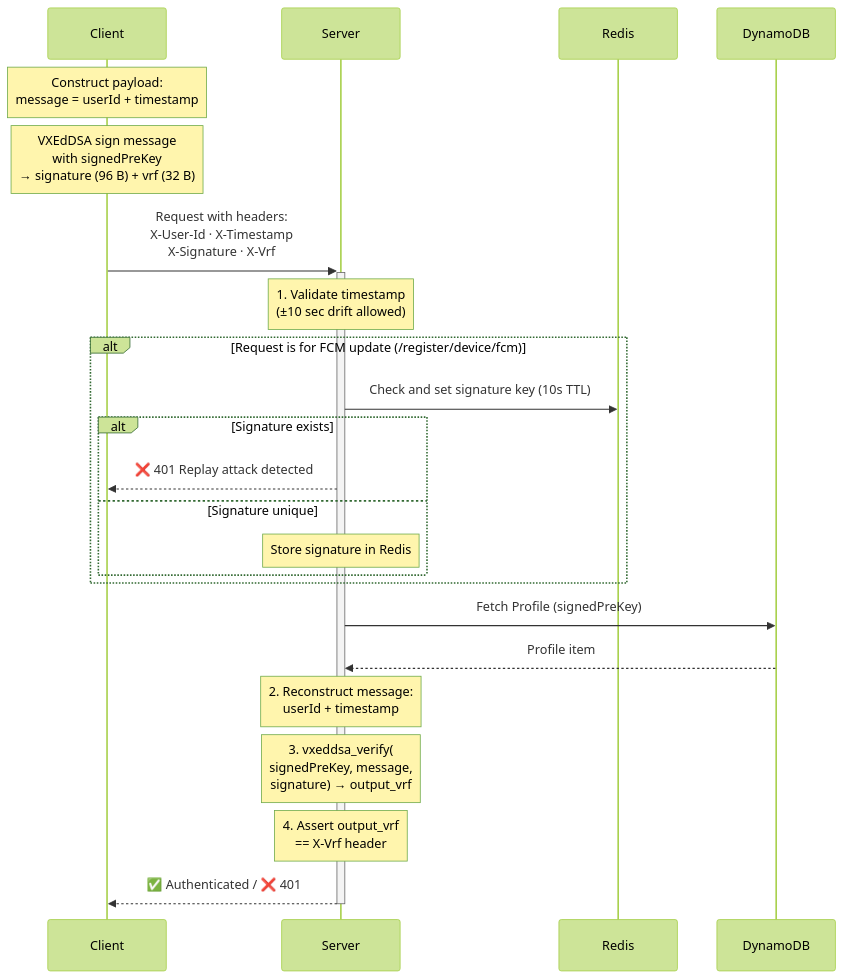
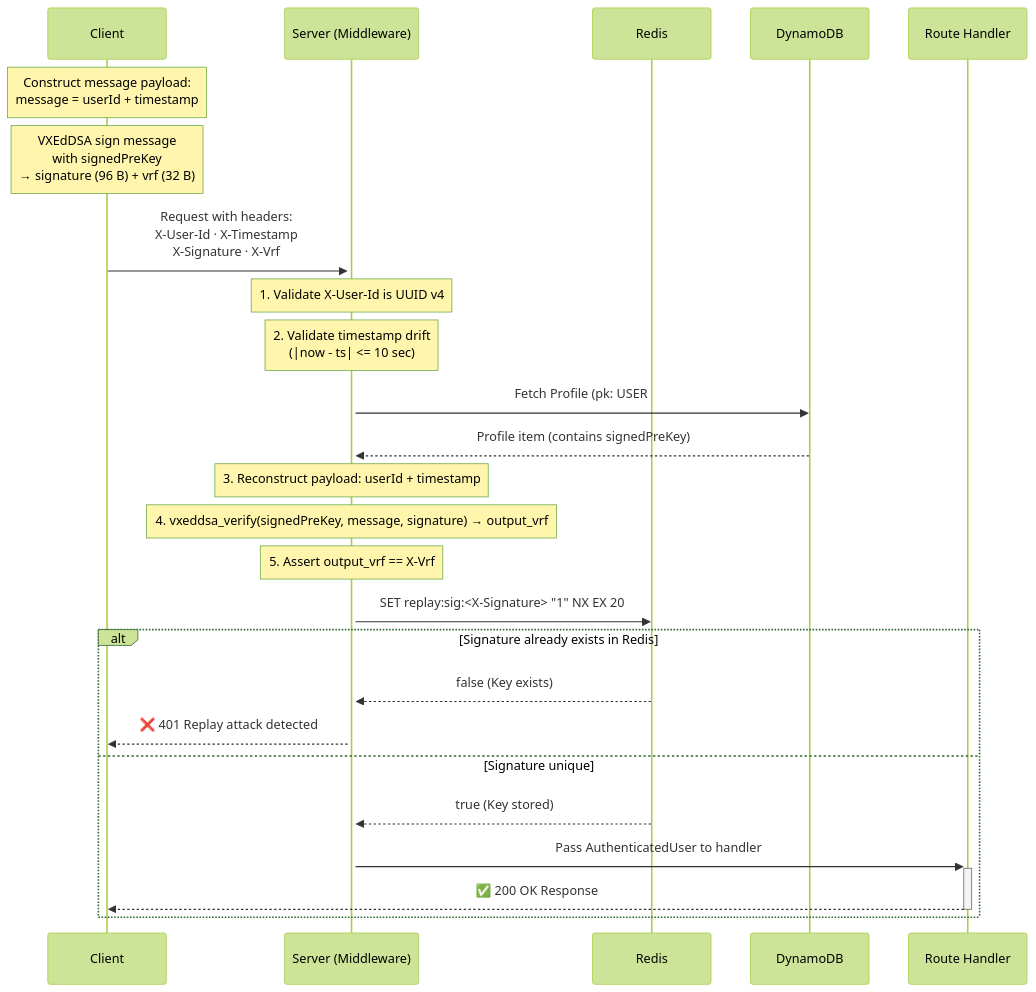
One commit to debarkamondal/khamoshchat-api changed the fourth of 6 diagrams in docs/cryptographic_flows.md. Above: the diagram before and after it, drawn with Mermaid (forest theme). The commit also changed other lines of this file and 4 other files, not shown here.

````diff
--- a/docs/cryptographic_flows.md
+++ b/docs/cryptographic_flows.md
@@ -138,35 +149,34 @@
 ```mermaid
 sequenceDiagram
     participant C as Client
-    participant S as Server
+    participant S as Server (Middleware)
     participant R as Redis
     participant D as DynamoDB
+    participant H as Route Handler
 
-    Note over C: Construct payload:<br/>message = userId + timestamp
+    Note over C: Construct message payload:<br/>message = userId + timestamp
 
     Note over C: VXEdDSA sign message<br/>with signedPreKey<br/>→ signature (96 B) + vrf (32 B)
 
     C->>+S: Request with headers:<br/>X-User-Id · X-Timestamp<br/>X-Signature · X-Vrf
 
-    Note over S: 1. Validate timestamp<br/>(±10 sec drift allowed)
+    Note over S: 1. Validate X-User-Id is UUID v4
+    Note over S: 2. Validate timestamp drift<br/>(|now - ts| <= 10 sec)
 
-    alt Request is for FCM update (/register/device/fcm)
-        S->>R: Check and set signature key (10s TTL)
-        alt Signature exists
-            S-->>C: ❌ 401 Replay attack detected
-        else Signature unique
-            Note over S: Store signature in Redis
-        end
+    S->>D: Fetch Profile (pk: USER#userId, sk: PROFILE)
+    D-->>S: Profile item (contains signedPreKey)
+
+    Note over S: 3. Reconstruct payload: userId + timestamp
+    Note over S: 4. vxeddsa_verify(signedPreKey, message, signature) → output_vrf
+    Note over S: 5. Assert output_vrf == X-Vrf
+
+    S->>R: SET replay:sig:<X-Signature> "1" NX EX 20
+    alt Signature already exists in Redis
+        R-->>S: false (Key exists)
+        S-->>C: ❌ 401 Replay attack detected
+    else Signature unique
+        R-->>S: true (Key stored)
+        S->>+H: Pass AuthenticatedUser to handler
+        H-->>-C: ✅ 200 OK Response
     end
-
-    S->>D: Fetch Profile (signedPreKey)
-    D-->>S: Profile item
-
-    Note over S: 2. Reconstruct message:<br/>userId + timestamp
-
-    Note over S: 3. vxeddsa_verify(<br/>signedPreKey, message,<br/>signature) → output_vrf
-
-    Note over S: 4. Assert output_vrf<br/>== X-Vrf header
-
-    S-->>-C: ✅ Authenticated / ❌ 401
 ```
````
